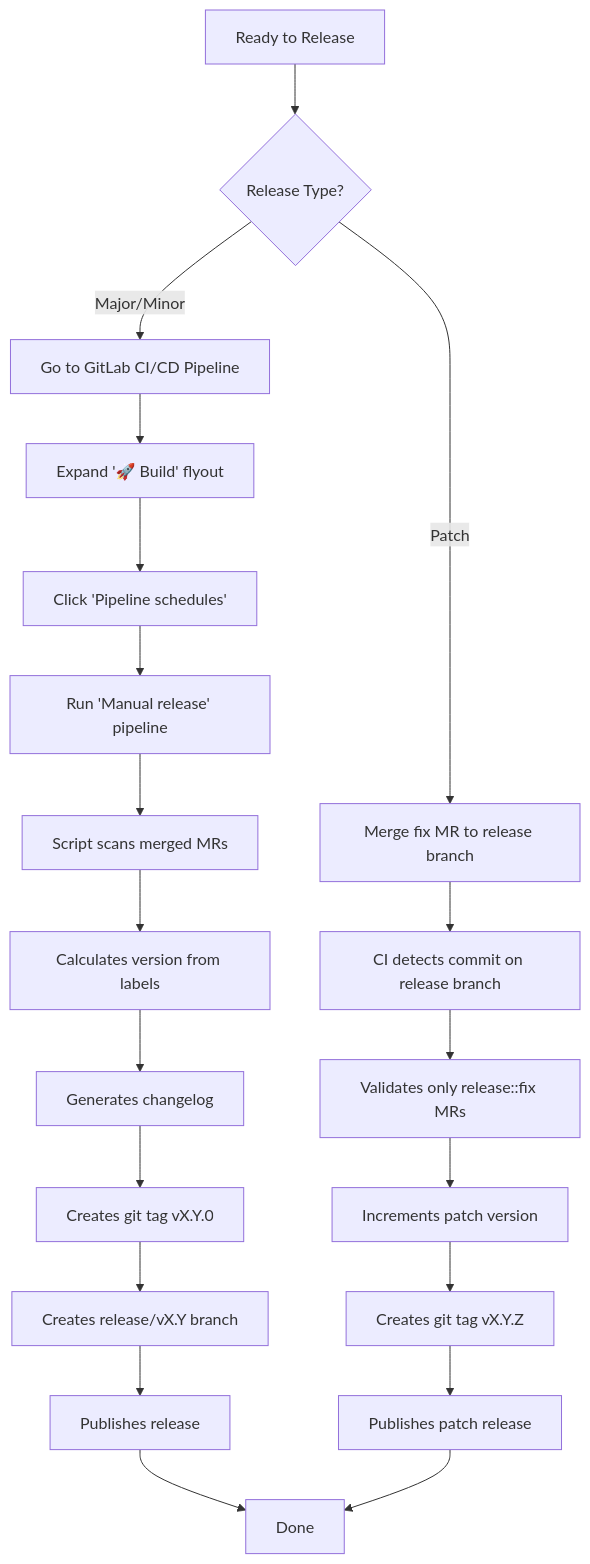
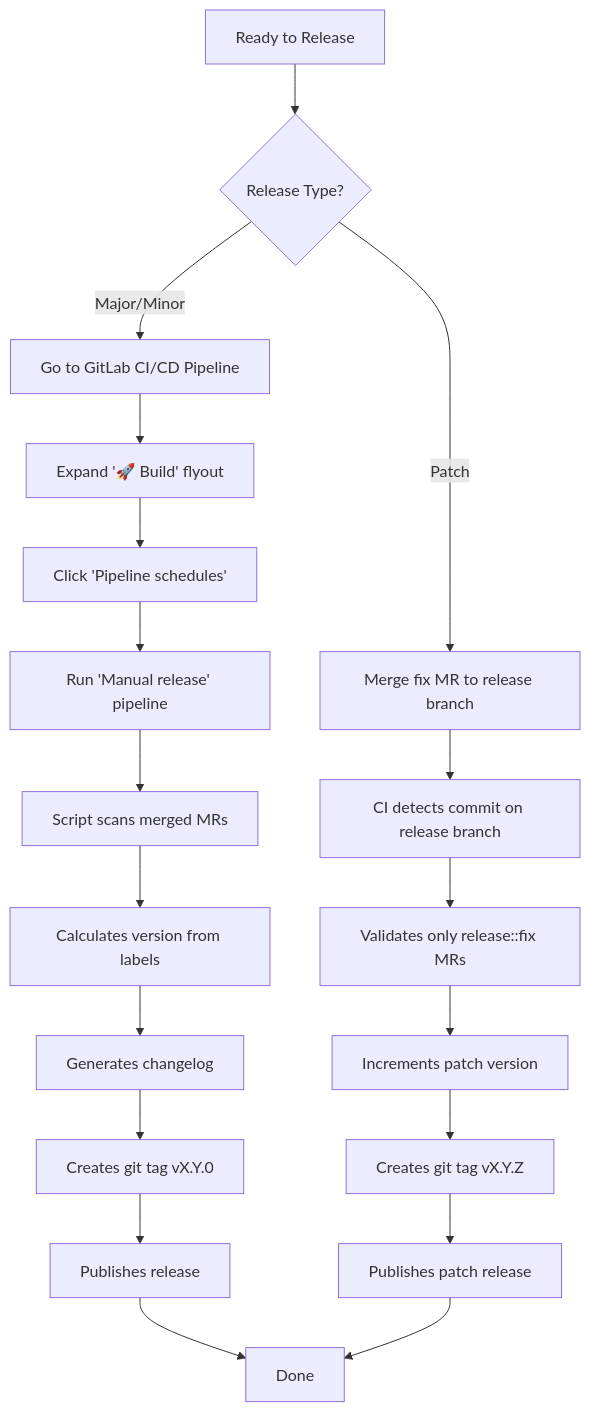
The sixth of 7 diagrams in BRANCHING.md (aria-ml/dataeval), drawn with Mermaid before and after one commit. The commit also changed other lines of this file and 4 other files, not shown here.

````diff
--- a/BRANCHING.md
+++ b/BRANCHING.md
@@ -253,22 +267,21 @@
 ```mermaid
 flowchart TD
     A[Ready to Release] --> B{Release Type?}
     B -->|Major/Minor| C[Go to GitLab CI/CD Pipeline]
     B -->|Patch| D[Merge fix MR to release branch]
     C --> E["Expand '🚀 Build' flyout"]
     E --> F[Click 'Pipeline schedules']
     F --> G[Run 'Manual release' pipeline]
     G --> H[Script scans merged MRs]
     H --> I[Calculates version from labels]
     I --> J[Generates changelog]
     J --> K[Creates git tag vX.Y.0]
-    K --> L[Creates release/vX.Y branch]
-    L --> M[Publishes release]
+    K --> M[Publishes release]
     M --> N[Done]
     D --> O[CI detects commit on release branch]
     O --> P[Validates only release::fix MRs]
     P --> Q[Increments patch version]
     Q --> R[Creates git tag vX.Y.Z]
     R --> S[Publishes patch release]
     S --> N
 ```
````
